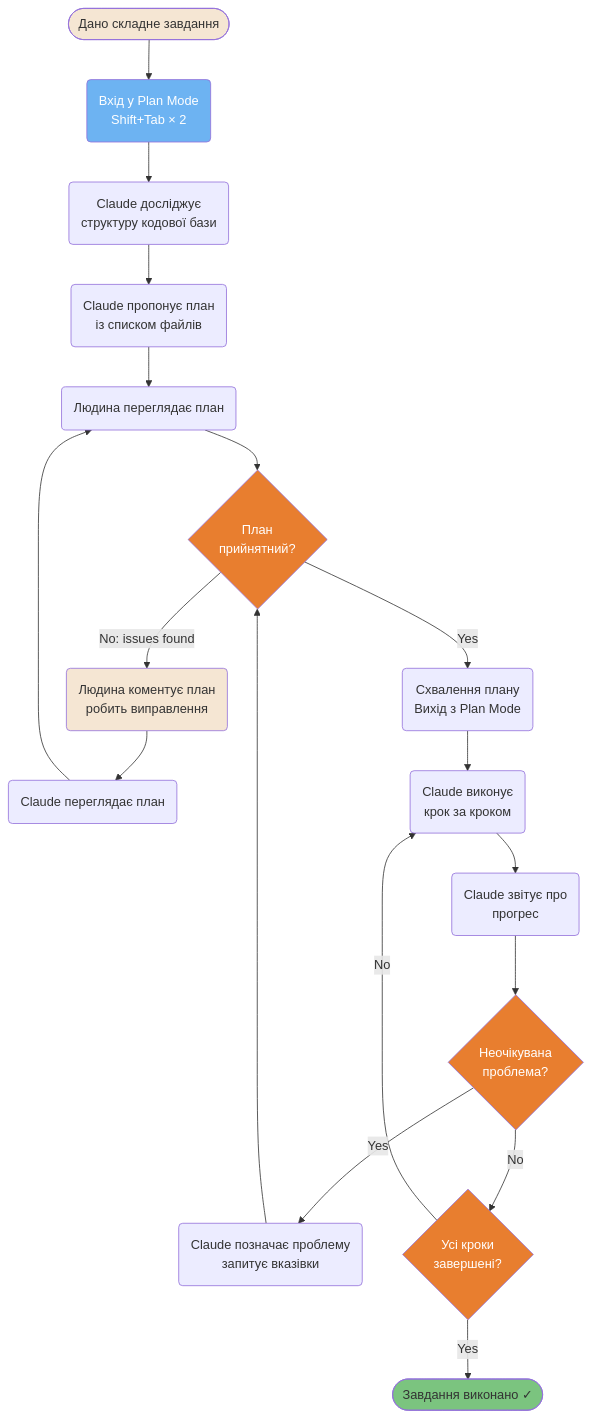
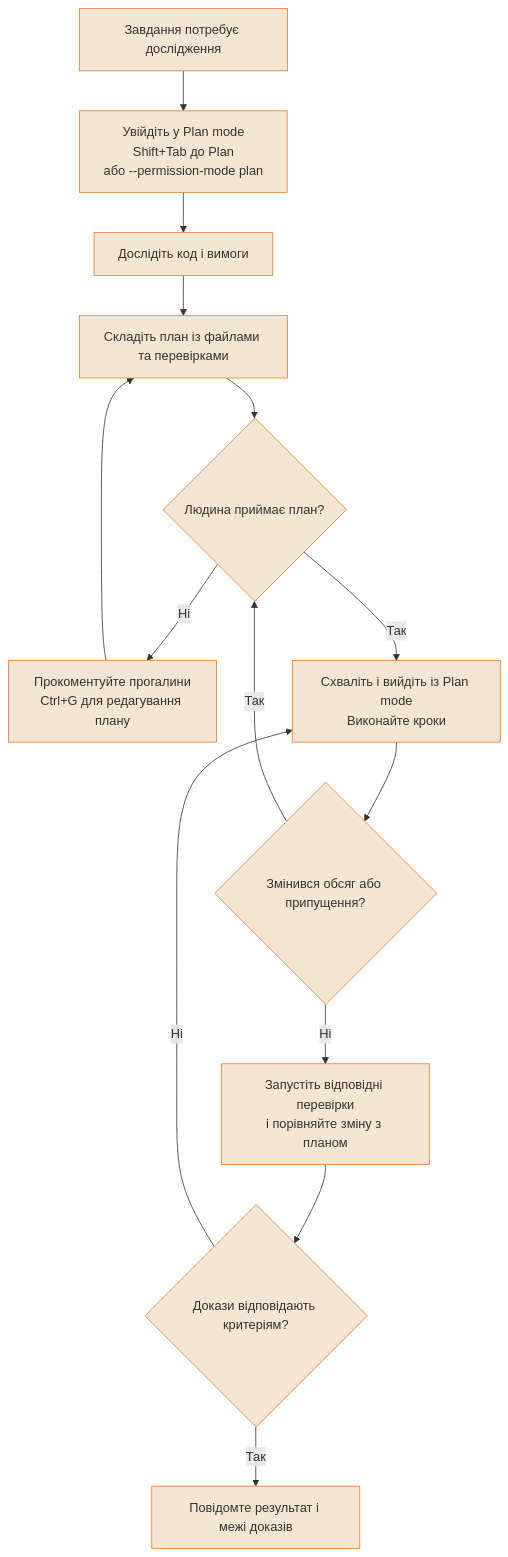
One commit to sermers-cyber/claude-code-ultimate-guide-ua changed the third of 6 diagrams in guide/diagrams/06-development-workflows.uk.md. Above: the diagram before and after it, drawn with Mermaid. The commit also changed other lines of this file and 80 other files, not shown here.

````diff
--- a/guide/diagrams/06-development-workflows.uk.md
+++ b/guide/diagrams/06-development-workflows.uk.md
@@ -165,44 +150,28 @@
 ```mermaid
 flowchart TD
-    A([Дано складне завдання]) --> B(Вхід у Plan Mode<br/>Shift+Tab × 2)
-    B --> C(Claude досліджує<br/>структуру кодової бази)
-    C --> D(Claude пропонує план<br/>із списком файлів)
-    D --> E(Людина переглядає план)
-    E --> F{План<br/>прийнятний?}
-    F -->|No: issues found| G(Людина коментує план<br/>робить виправлення)
-    G --> H(Claude переглядає план)
-    H --> E
-    F -->|Yes| I(Схвалення плану<br/>Вихід з Plan Mode)
-    I --> J(Claude виконує<br/>крок за кроком)
-    J --> K(Claude звітує про<br/>прогрес)
-    K --> L{Неочікувана<br/>проблема?}
-    L -->|Yes| M(Claude позначає проблему<br/>запитує вказівки)
-    M --> F
-    L -->|No| N{Усі кроки<br/>завершені?}
-    N -->|No| J
-    N -->|Yes| O([Завдання виконано ✓])
-
-    style A fill:#F5E6D3,color:#333
-    style B fill:#6DB3F2,color:#fff
-    style F fill:#E87E2F,color:#fff
-    style L fill:#E87E2F,color:#fff
-    style N fill:#E87E2F,color:#fff
-    style G fill:#F5E6D3,color:#333
-    style O fill:#7BC47F,color:#333
-
-    click A href "https://github.com/gerasimsergey/claude-code-ultimate-guide-ua/blob/main/guide/workflows/plan-driven.md" "Дано складне завдання"
-    click B href "https://github.com/gerasimsergey/claude-code-ultimate-guide-ua/blob/main/guide/ultimate-guide.md#23-plan-mode" "Enter Plan Mode"
-    click C href "https://github.com/gerasimsergey/claude-code-ultimate-guide-ua/blob/main/guide/workflows/plan-driven.md" "Claude explores codebase"
-    click D href "https://github.com/gerasimsergey/claude-code-ultimate-guide-ua/blob/main/guide/workflows/plan-driven.md" "Claude proposes plan"
-    click E href "https://github.com/gerasimsergey/claude-code-ultimate-guide-ua/blob/main/guide/workflows/plan-driven.md" "Human reviews plan"
-    click F href "https://github.com/gerasimsergey/claude-code-ultimate-guide-ua/blob/main/guide/workflows/plan-driven.md" "Plan acceptable?"
-    click G href "https://github.com/gerasimsergey/claude-code-ultimate-guide-ua/blob/main/guide/workflows/plan-driven.md" "Human annotates plan"
-    click H href "https://github.com/gerasimsergey/claude-code-ultimate-guide-ua/blob/main/guide/workflows/plan-driven.md" "Claude revises plan"
-    click I href "https://github.com/gerasimsergey/claude-code-ultimate-guide-ua/blob/main/guide/ultimate-guide.md#23-plan-mode" "Approve plan — Exit Plan Mode"
-    click J href "https://github.com/gerasimsergey/claude-code-ultimate-guide-ua/blob/main/guide/workflows/plan-driven.md" "Claude executes step by step"
-    click K href "https://github.com/gerasimsergey/claude-code-ultimate-guide-ua/blob/main/guide/workflows/plan-driven.md" "Claude reports progress"
-    click L href "https://github.com/gerasimsergey/claude-code-ultimate-guide-ua/blob/main/guide/workflows/plan-driven.md" "Unexpected issue?"
-    click M href "https://github.com/gerasimsergey/claude-code-ultimate-guide-ua/blob/main/guide/workflows/plan-driven.md" "Claude flags issue"
-    click N href "https://github.com/gerasimsergey/claude-code-ultimate-guide-ua/blob/main/guide/workflows/plan-driven.md" "All steps complete?"
-    click O href "https://github.com/gerasimsergey/claude-code-ultimate-guide-ua/blob/main/guide/workflows/plan-driven.md" "Task done ✓"
+    TASK["Завдання потребує дослідження"] --> PLAN["Увійдіть у Plan mode<br/>Shift+Tab до Plan<br/>або --permission-mode plan"]
+    PLAN --> EXPLORE["Дослідіть код і вимоги"]
+    EXPLORE --> DRAFT["Складіть план із файлами та перевірками"]
+    DRAFT --> HUMAN{"Людина приймає план?"}
+    HUMAN -->|Ні| ANNOTATE["Прокоментуйте прогалини<br/>Ctrl+G для редагування плану"]
+    ANNOTATE --> DRAFT
+    HUMAN -->|Так| EXEC["Схваліть і вийдіть із Plan mode<br/>Виконайте кроки"]
+    EXEC --> ISSUE{"Змінився обсяг або припущення?"}
+    ISSUE -->|Так| HUMAN
+    ISSUE -->|Ні| VERIFY["Запустіть відповідні перевірки<br/>і порівняйте зміну з планом"]
+    VERIFY --> DONE{"Докази відповідають критеріям?"}
+    DONE -->|Ні| EXEC
+    DONE -->|Так| END["Повідомте результат і межі доказів"]
+    classDef default fill:#F5E6D3,color:#333,stroke:#E87E2F
+    click TASK href "https://github.com/gerasimsergey/claude-code-ultimate-guide-ua/blob/main/guide/workflows/plan-driven.uk.md" "Переглянути цей патерн у посібнику"
+    click PLAN href "https://github.com/gerasimsergey/claude-code-ultimate-guide-ua/blob/main/guide/workflows/plan-driven.uk.md" "Переглянути цей патерн у посібнику"
+    click EXPLORE href "https://github.com/gerasimsergey/claude-code-ultimate-guide-ua/blob/main/guide/workflows/plan-driven.uk.md" "Переглянути цей патерн у посібнику"
+    click DRAFT href "https://github.com/gerasimsergey/claude-code-ultimate-guide-ua/blob/main/guide/workflows/plan-driven.uk.md" "Переглянути цей патерн у посібнику"
+    click HUMAN href "https://github.com/gerasimsergey/claude-code-ultimate-guide-ua/blob/main/guide/workflows/plan-driven.uk.md" "Переглянути цей патерн у посібнику"
+    click ANNOTATE href "https://github.com/gerasimsergey/claude-code-ultimate-guide-ua/blob/main/guide/workflows/plan-driven.uk.md" "Переглянути цей патерн у посібнику"
+    click EXEC href "https://github.com/gerasimsergey/claude-code-ultimate-guide-ua/blob/main/guide/workflows/plan-driven.uk.md" "Переглянути цей патерн у посібнику"
+    click ISSUE href "https://github.com/gerasimsergey/claude-code-ultimate-guide-ua/blob/main/guide/workflows/plan-driven.uk.md" "Переглянути цей патерн у посібнику"
+    click VERIFY href "https://github.com/gerasimsergey/claude-code-ultimate-guide-ua/blob/main/guide/workflows/plan-driven.uk.md" "Переглянути цей патерн у посібнику"
+    click DONE href "https://github.com/gerasimsergey/claude-code-ultimate-guide-ua/blob/main/guide/workflows/plan-driven.uk.md" "Переглянути цей патерн у посібнику"
+    click END href "https://github.com/gerasimsergey/claude-code-ultimate-guide-ua/blob/main/guide/workflows/plan-driven.uk.md" "Переглянути цей патерн у посібнику"
 ```
````
